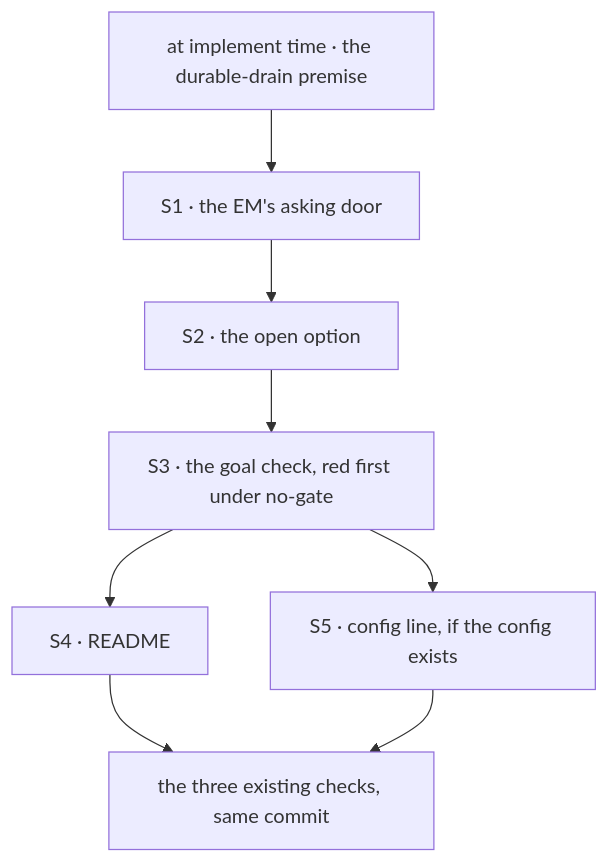
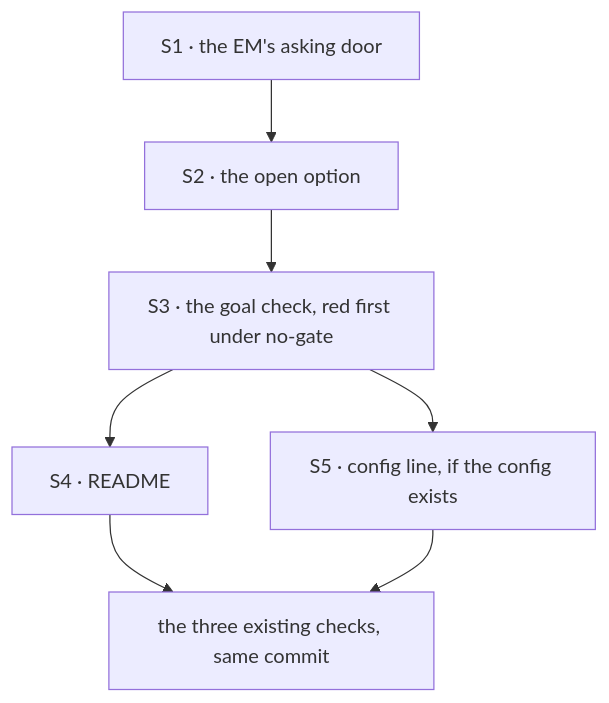
Before and after one commit to fixpoint-labs/flow-state-dev: the diagram in specs/issues/FIX-1666/PLAN.md, drawn with Mermaid. The commit also changed other lines of this file and 6 other files, not shown here.

First line of the commit message:
spec(FIX-1666): settle the durable drain with a POC; the raise is a step App Lab's config calls

````diff
--- a/specs/issues/FIX-1666/PLAN.md
+++ b/specs/issues/FIX-1666/PLAN.md
@@ -22,10 +22,10 @@
 ```mermaid
 flowchart TD
-  P["at implement time · the durable-drain premise"] --> S1["S1 · the EM's asking door"]
+  S1["S1 · the EM's asking door"]
   S1 --> S2["S2 · the open option"]
   S2 --> S3["S3 · the goal check, red first under no-gate"]
   S3 --> S4["S4 · README"]
   S3 --> S5["S5 · config line, if the config exists"]
   S4 --> V["the three existing checks, same commit"]
   S5 --> V
 ```
````
